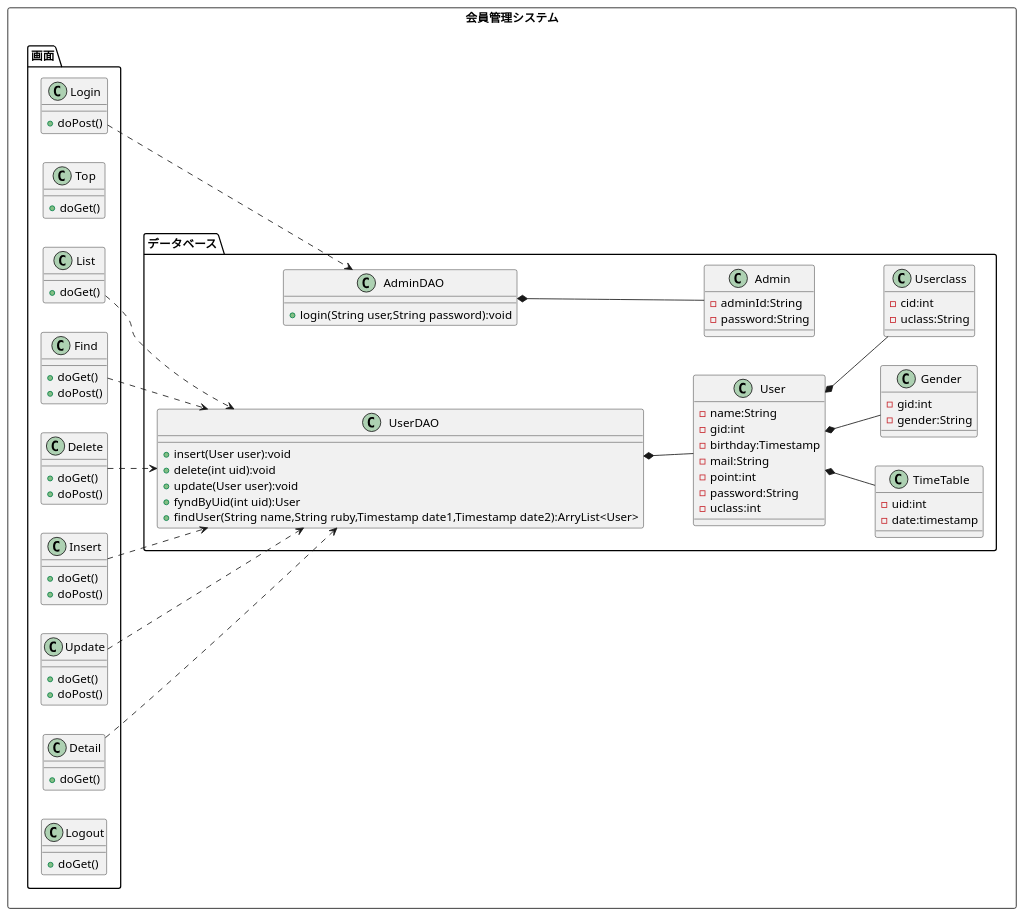
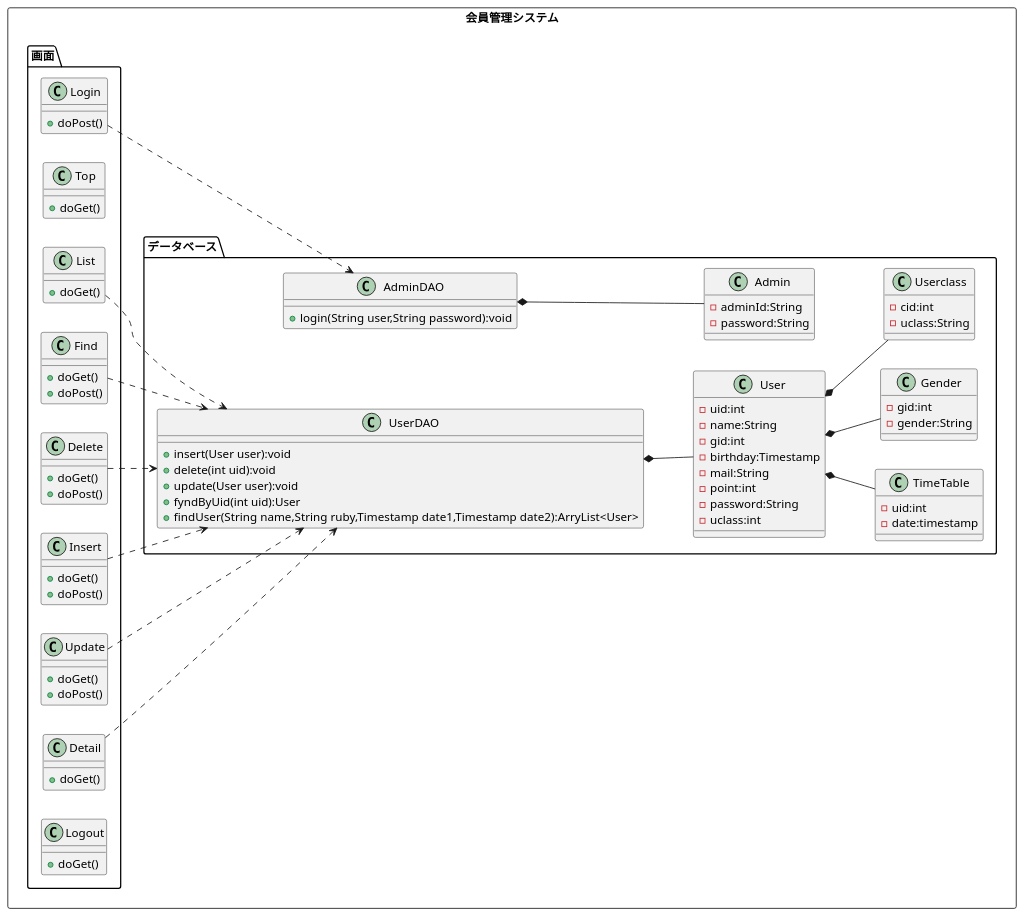
Before and after one commit to toufu66/ProjectC: the diagram in uml_detail/class.pu, drawn with PlantUML.

Commit message:
クラス図 詳細

```diff
--- a/uml_detail/class.pu
+++ b/uml_detail/class.pu
@@ -1,100 +1,101 @@
 @startuml
 left to right direction
 rectangle 会員管理システム{
 package 画面{
 	class Login{
 		+doPost()
 	}
 	class Top{
 		+doGet()
 	}
 	class List{
 		+doGet()
 	}
 	class Find{
 		+doGet()
 		+doPost()
 	}
 	class Delete{
 		+doGet()
 		+doPost()
 	}
 	class Insert{
 		+doGet()
 		+doPost()
 	}
 	class Update{
 		+doGet()
 		+doPost()
 	}
 	class Detail{
 		+doGet()
 	}
 	class Logout{
 		+doGet()
 	}
 
 
 }
 
 package データベース{
 	class UserDAO{
 		+insert(User user):void
 		+delete(int uid):void
 		+update(User user):void
 		+fyndByUid(int uid):User
 		+findUser(String name,String ruby,Timestamp date1,Timestamp date2):ArryList<User>
 	}
 	class User{
+		-uid:int
 		-name:String
 		-gid:int
 		-birthday:Timestamp
 		-mail:String
 		-point:int
 		-password:String
 		-uclass:int
 	}
 	class Admin{
 		-adminId:String
 		-password:String
 	}
 	class AdminDAO{
 
 		+login(String user,String password):void
 
 	}
 	class TimeTable{
 		-uid:int
 		-date:timestamp
 
 	}
 	class Gender{
 		-gid:int
 		-gender:String
 
 	}
 	class Userclass{
 		-cid:int
 		-uclass:String
 
 	}
 
 }
 
 
 Login ..> AdminDAO
 
 List ..> UserDAO
 Insert ..> UserDAO
 Update ..> UserDAO
 Delete ..> UserDAO
 Find ..> UserDAO
 Detail ..>UserDAO
 UserDAO *--  User
 AdminDAO *--  Admin
 User *-- TimeTable
 User *-- Userclass
 User *-- Gender
 
 }
 @enduml
```
